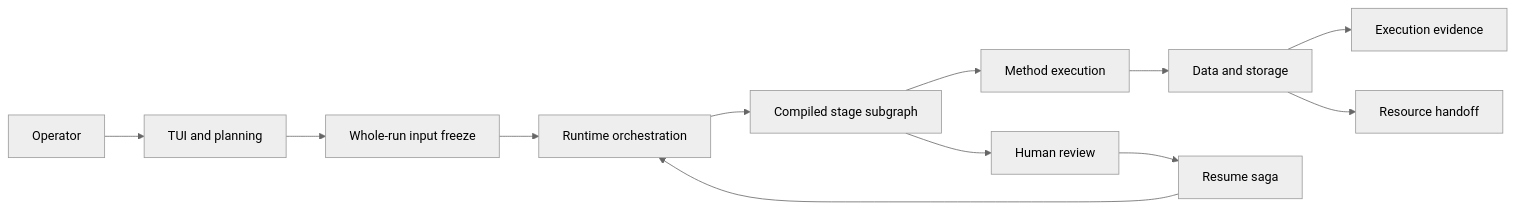
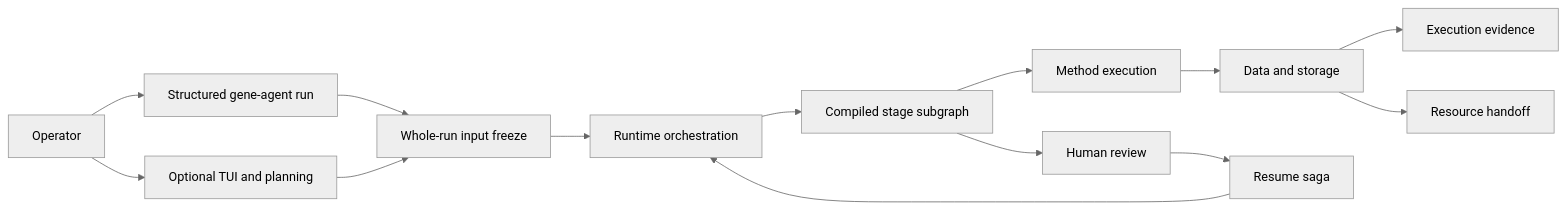
Before and after one commit to lux-666/genevis: the diagram in docs/architecture/README.md, drawn with Mermaid (neutral theme). The commit also changed other lines of this file and 33 other files, not shown here.

````diff
--- a/docs/architecture/README.md
+++ b/docs/architecture/README.md
@@ -28,14 +28,16 @@
 ```mermaid
 flowchart LR
-    operator["Operator"] --> tui["TUI and planning"]
-    tui --> freeze["Whole-run input freeze"]
+    operator["Operator"] --> run["Structured gene-agent run"]
+    operator --> tui["Optional TUI and planning"]
+    run --> freeze["Whole-run input freeze"]
+    tui --> freeze
     freeze --> orchestration["Runtime orchestration"]
     orchestration --> stage["Compiled stage subgraph"]
     stage --> execution["Method execution"]
     execution --> data["Data and storage"]
     data --> evidence["Execution evidence"]
     data --> resources["Resource handoff"]
     stage --> review["Human review"]
     review --> resume["Resume saga"]
     resume --> orchestration
 ```
````
